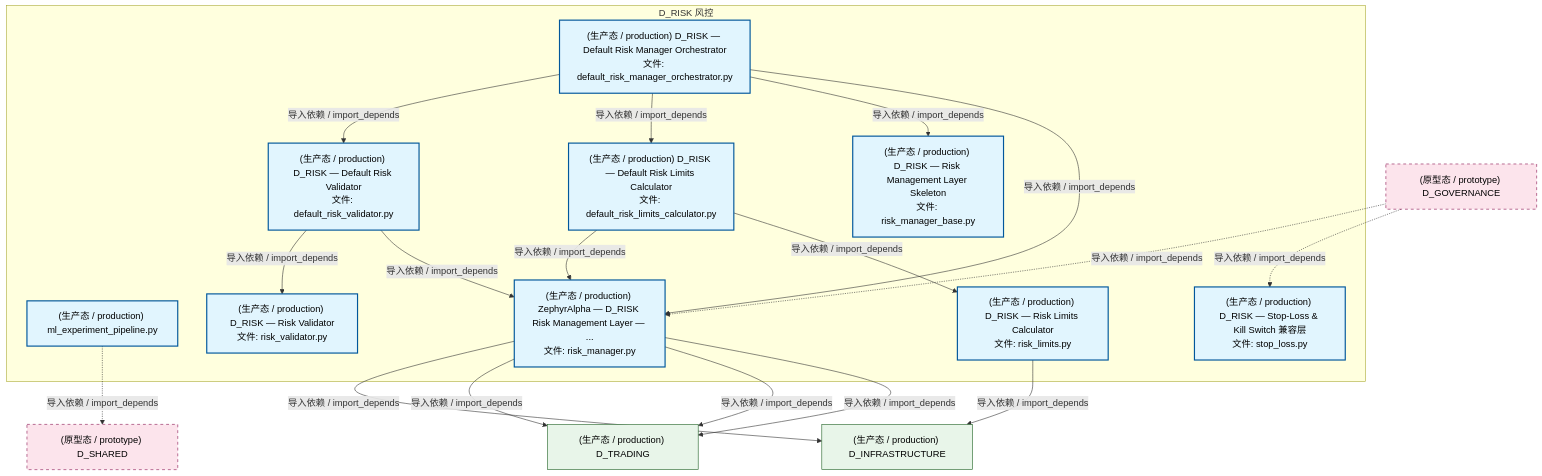
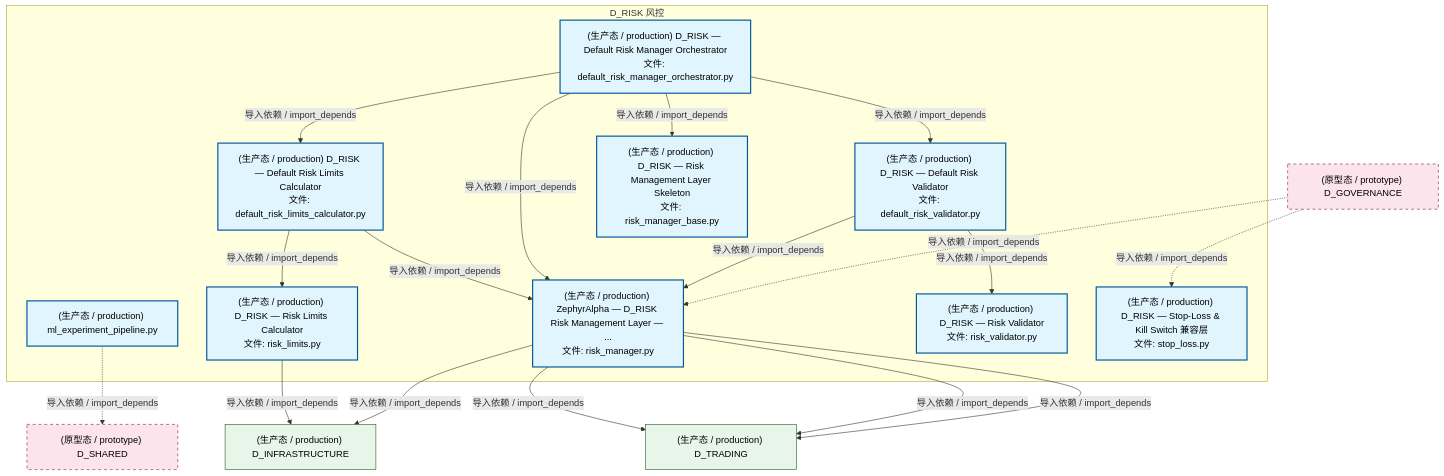
One commit to xuanFelixVan/ZephyrAlpha changed the second of 4 diagrams in docs/02_enterprise_architecture/02_domain_architecture_docs/54_d_risk.md. Above: the diagram before and after it, drawn with Mermaid. The commit also changed other lines of this file and 124 other files, not shown here.

````diff
--- a/docs/02_enterprise_architecture/02_domain_architecture_docs/54_d_risk.md
+++ b/docs/02_enterprise_architecture/02_domain_architecture_docs/54_d_risk.md
@@ -178,41 +187,41 @@
 ```mermaid
 graph TD
     subgraph D_RISK["D_RISK 风控"]
         src_zephyr_risk_cross_asset_cross_market_data_adapter_ml_experiment_pipeline_py["(生产态 / production) ml_experiment_pipeline.py"]
         src_zephyr_risk_implementations_default_risk_limits_calculator_py["(生产态 / production) D_RISK — Default Risk Limits Calculator<br/>文件: default_risk_limits_calculator.py"]
         src_zephyr_risk_implementations_default_risk_manager_orchestrator_py["(生产态 / production) D_RISK — Default Risk Manager Orchestrator<br/>文件: default_risk_manager_orchestrator.py"]
         src_zephyr_risk_implementations_default_risk_validator_py["(生产态 / production) D_RISK — Default Risk Validator<br/>文件: default_risk_validator.py"]
         src_zephyr_risk_risk_limits_py["(生产态 / production) D_RISK — Risk Limits Calculator<br/>文件: risk_limits.py"]
         src_zephyr_risk_risk_manager_py["(生产态 / production) ZephyrAlpha — D_RISK Risk Management Layer — ...<br/>文件: risk_manager.py"]
         src_zephyr_risk_risk_manager_base_py["(生产态 / production) D_RISK — Risk Management Layer Skeleton<br/>文件: risk_manager_base.py"]
         src_zephyr_risk_risk_validator_py["(生产态 / production) D_RISK — Risk Validator<br/>文件: risk_validator.py"]
         src_zephyr_risk_stop_loss_py["(生产态 / production) D_RISK — Stop-Loss & Kill Switch 兼容层<br/>文件: stop_loss.py"]
     end
     src_zephyr_risk_implementations_default_risk_limits_calculator_py -->|导入依赖 / import_depends| src_zephyr_risk_risk_limits_py
     src_zephyr_risk_implementations_default_risk_limits_calculator_py -->|导入依赖 / import_depends| src_zephyr_risk_risk_manager_py
-    src_zephyr_risk_implementations_default_risk_validator_py -->|导入依赖 / import_depends| src_zephyr_risk_risk_manager_py
-    src_zephyr_risk_implementations_default_risk_validator_py -->|导入依赖 / import_depends| src_zephyr_risk_risk_validator_py
     src_zephyr_risk_implementations_default_risk_manager_orchestrator_py -->|导入依赖 / import_depends| src_zephyr_risk_risk_manager_py
     src_zephyr_risk_implementations_default_risk_manager_orchestrator_py -->|导入依赖 / import_depends| src_zephyr_risk_risk_manager_base_py
     src_zephyr_risk_implementations_default_risk_manager_orchestrator_py -->|导入依赖 / import_depends| src_zephyr_risk_implementations_default_risk_limits_calculator_py
     src_zephyr_risk_implementations_default_risk_manager_orchestrator_py -->|导入依赖 / import_depends| src_zephyr_risk_implementations_default_risk_validator_py
+    src_zephyr_risk_implementations_default_risk_validator_py -->|导入依赖 / import_depends| src_zephyr_risk_risk_manager_py
+    src_zephyr_risk_implementations_default_risk_validator_py -->|导入依赖 / import_depends| src_zephyr_risk_risk_validator_py
     D_INFRASTRUCTURE["(生产态 / production) D_INFRASTRUCTURE"]
     src_zephyr_risk_risk_limits_py -->|导入依赖 / import_depends| D_INFRASTRUCTURE
     D_TRADING["(生产态 / production) D_TRADING"]
     src_zephyr_risk_risk_manager_py -->|导入依赖 / import_depends| D_TRADING
+    src_zephyr_risk_risk_manager_py -->|导入依赖 / import_depends| D_INFRASTRUCTURE
     src_zephyr_risk_risk_manager_py -->|导入依赖 / import_depends| D_TRADING
     src_zephyr_risk_risk_manager_py -->|导入依赖 / import_depends| D_TRADING
-    src_zephyr_risk_risk_manager_py -->|导入依赖 / import_depends| D_INFRASTRUCTURE
     D_SHARED["(原型态 / prototype) D_SHARED"]
     src_zephyr_risk_cross_asset_cross_market_data_adapter_ml_experiment_pipeline_py -.->|导入依赖 / import_depends| D_SHARED
     D_GOVERNANCE["(原型态 / prototype) D_GOVERNANCE"]
+    D_GOVERNANCE -.->|导入依赖 / import_depends| src_zephyr_risk_risk_manager_py
     D_GOVERNANCE -.->|导入依赖 / import_depends| src_zephyr_risk_stop_loss_py
-    D_GOVERNANCE -.->|导入依赖 / import_depends| src_zephyr_risk_risk_manager_py
     classDef production fill:#e1f5fe,stroke:#01579b,stroke-width:2px,color:#000
     classDef design fill:#fff3e0,stroke:#e65100,stroke-width:2px,color:#000,stroke-dasharray: 5 5
     classDef external_prod fill:#e8f5e9,stroke:#1b5e20,stroke-width:1px,color:#000
     classDef external_design fill:#fce4ec,stroke:#880e4f,stroke-width:1px,color:#000,stroke-dasharray: 5 5
     class src_zephyr_risk_cross_asset_cross_market_data_adapter_ml_experiment_pipeline_py,src_zephyr_risk_implementations_default_risk_limits_calculator_py,src_zephyr_risk_implementations_default_risk_manager_orchestrator_py,src_zephyr_risk_implementations_default_risk_validator_py,src_zephyr_risk_risk_limits_py,src_zephyr_risk_risk_manager_py,src_zephyr_risk_risk_manager_base_py,src_zephyr_risk_risk_validator_py,src_zephyr_risk_stop_loss_py production
     class D_INFRASTRUCTURE,D_TRADING external_prod
     class D_SHARED,D_GOVERNANCE external_design
 ```
````
